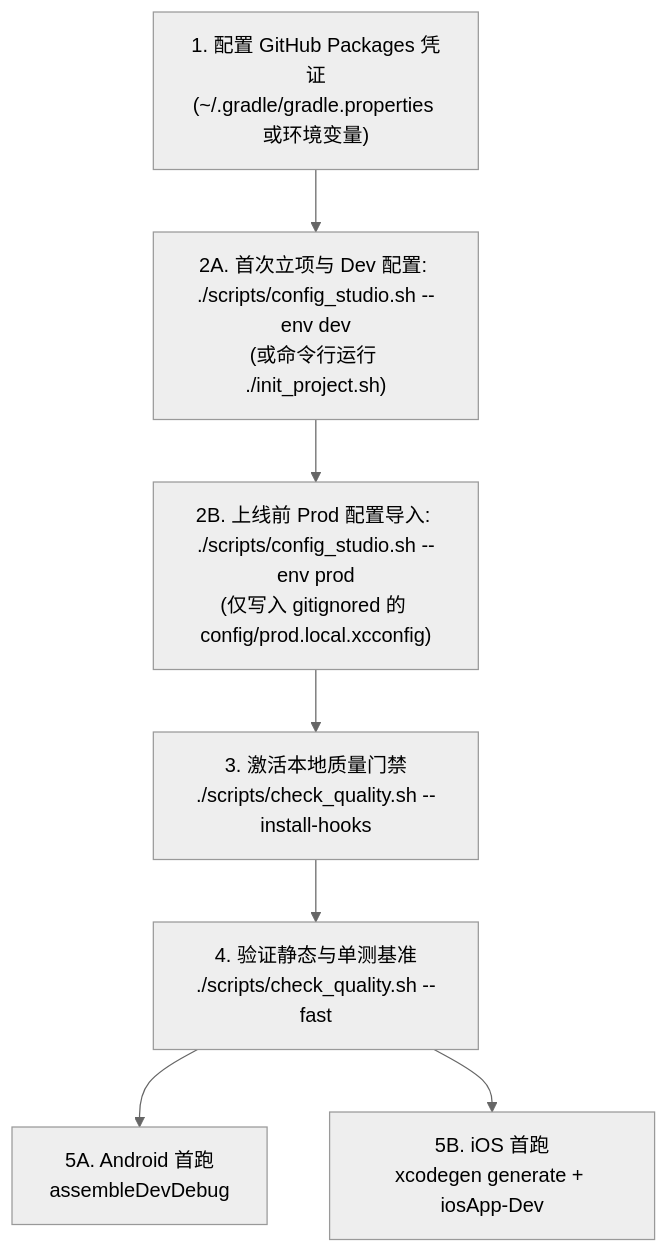
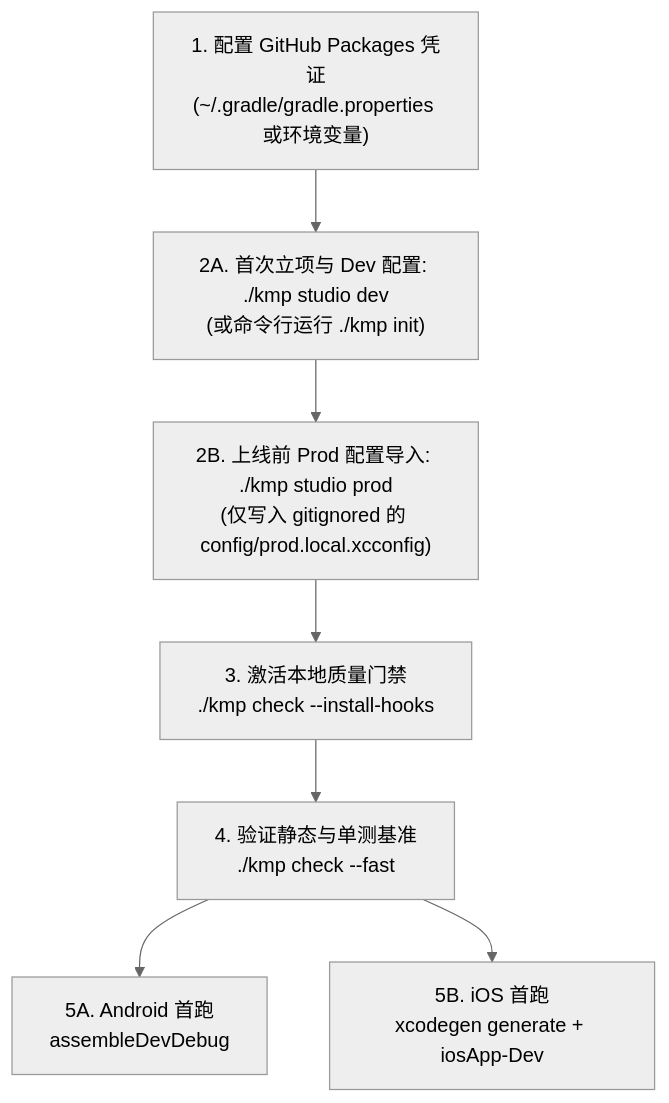
Before and after one commit to e-hai/Architecture: the diagram in docs/sop/0003-project-init-and-dev-environment.md, drawn with Mermaid (neutral theme). The commit also changed other lines of this file and 32 other files, not shown here.

Commit message:
refactor(scripts): unify scaffold CLI under ./kmp and organize scripts/ into internal/hooks/tests

````diff
--- a/docs/sop/0003-project-init-and-dev-environment.md
+++ b/docs/sop/0003-project-init-and-dev-environment.md
@@ -37,9 +37,9 @@
 ```mermaid
 flowchart TD
-    A["1. 配置 GitHub Packages 凭证\n(~/.gradle/gradle.properties 或环境变量)"] --> B["2A. 首次立项与 Dev 配置: ./scripts/config_studio.sh --env dev\n(或命令行运行 ./init_project.sh)"]
-    B --> B2["2B. 上线前 Prod 配置导入: ./scripts/config_studio.sh --env prod\n(仅写入 gitignored 的 config/prod.local.xcconfig)"]
-    B2 --> C["3. 激活本地质量门禁\n./scripts/check_quality.sh --install-hooks"]
-    C --> D["4. 验证静态与单测基准\n./scripts/check_quality.sh --fast"]
+    A["1. 配置 GitHub Packages 凭证\n(~/.gradle/gradle.properties 或环境变量)"] --> B["2A. 首次立项与 Dev 配置: ./kmp studio dev\n(或命令行运行 ./kmp init)"]
+    B --> B2["2B. 上线前 Prod 配置导入: ./kmp studio prod\n(仅写入 gitignored 的 config/prod.local.xcconfig)"]
+    B2 --> C["3. 激活本地质量门禁\n./kmp check --install-hooks"]
+    C --> D["4. 验证静态与单测基准\n./kmp check --fast"]
     D --> E["5A. Android 首跑\nassembleDevDebug"]
     D --> F["5B. iOS 首跑\nxcodegen generate + iosApp-Dev"]
 ```
````
